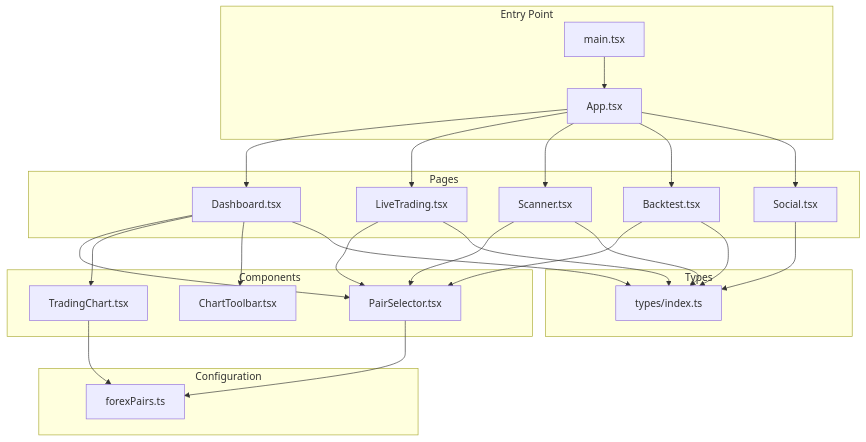
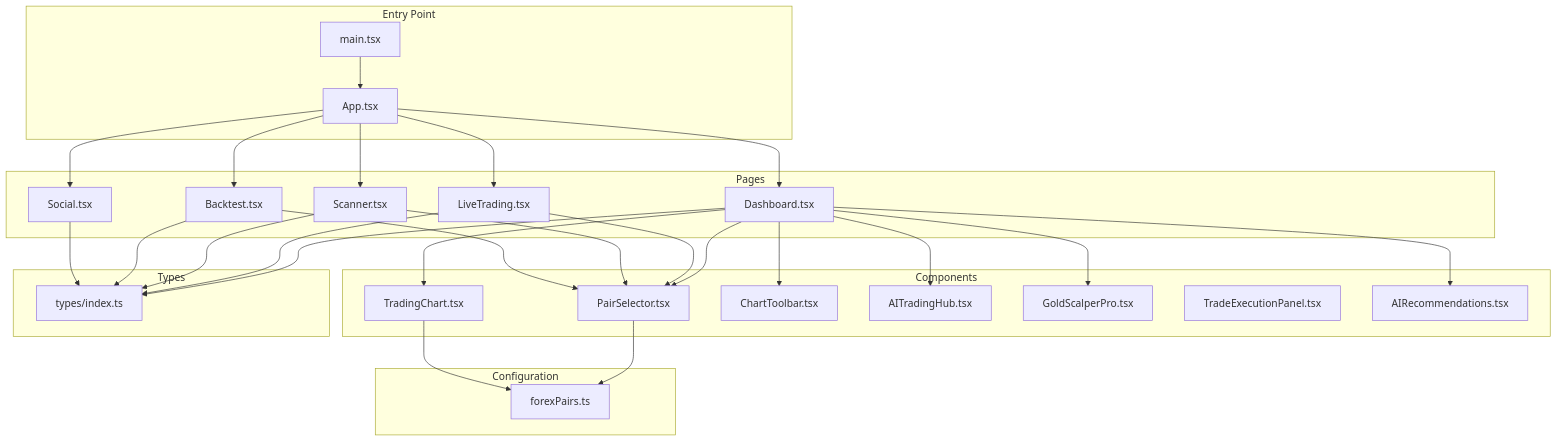
The first of 15 diagrams in .qoder/repowiki/en/content/Project Overview/Core Features/Frontend Components.md (cavraeg-eng/Trading-App), drawn with Mermaid before and after one commit. The commit also changed other lines of this file and 138 other files, not shown here.

First line of the commit message:
feat(LiveTrading): add MT5-style chart overlay for entry/SL/TP levels

````diff
--- a/.qoder/repowiki/en/content/Project Overview/Core Features/Frontend Components.md
+++ b/.qoder/repowiki/en/content/Project Overview/Core Features/Frontend Components.md
@@ -39,44 +52,51 @@
 ```mermaid
 graph TB
 subgraph "Entry Point"
 MAIN["main.tsx"]
 APP["App.tsx"]
 end
 subgraph "Pages"
 DASH["Dashboard.tsx"]
 LIVE["LiveTrading.tsx"]
 SCAN["Scanner.tsx"]
 BACKTEST["Backtest.tsx"]
 SOCIAL["Social.tsx"]
 end
 subgraph "Components"
 PAIRSEL["PairSelector.tsx"]
 TRADINGCHART["TradingChart.tsx"]
 CHARTTOOLBAR["ChartToolbar.tsx"]
+AITRADINGHUB["AITradingHub.tsx"]
+GOLDSCALPER["GoldScalperPro.tsx"]
+TRADEEXECUTION["TradeExecutionPanel.tsx"]
+AIRecommendations["AIRecommendations.tsx"]
 end
 subgraph "Configuration"
 FXP["forexPairs.ts"]
 end
 subgraph "Types"
 TYPES["types/index.ts"]
 end
 MAIN --> APP
 APP --> DASH
 APP --> LIVE
 APP --> SCAN
 APP --> BACKTEST
 APP --> SOCIAL
 DASH --> PAIRSEL
 DASH --> TRADINGCHART
 DASH --> CHARTTOOLBAR
+DASH --> AITRADINGHUB
+DASH --> GOLDSCALPER
+DASH --> AIRecommendations
 LIVE --> PAIRSEL
 SCAN --> PAIRSEL
 BACKTEST --> PAIRSEL
 PAIRSEL --> FXP
 TRADINGCHART --> FXP
 DASH --> TYPES
 LIVE --> TYPES
 SCAN --> TYPES
 BACKTEST --> TYPES
 SOCIAL --> TYPES
 ```
````
